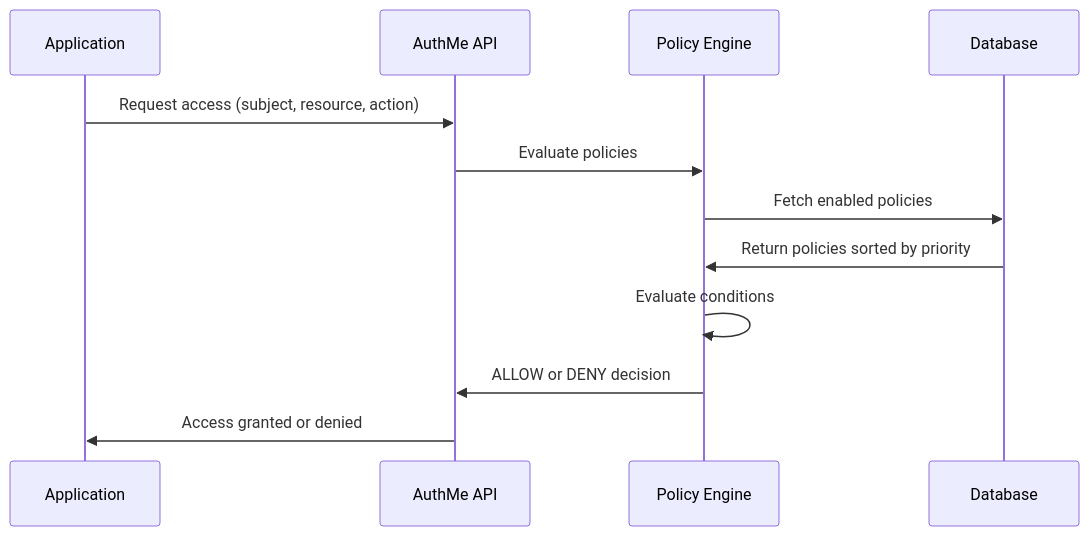
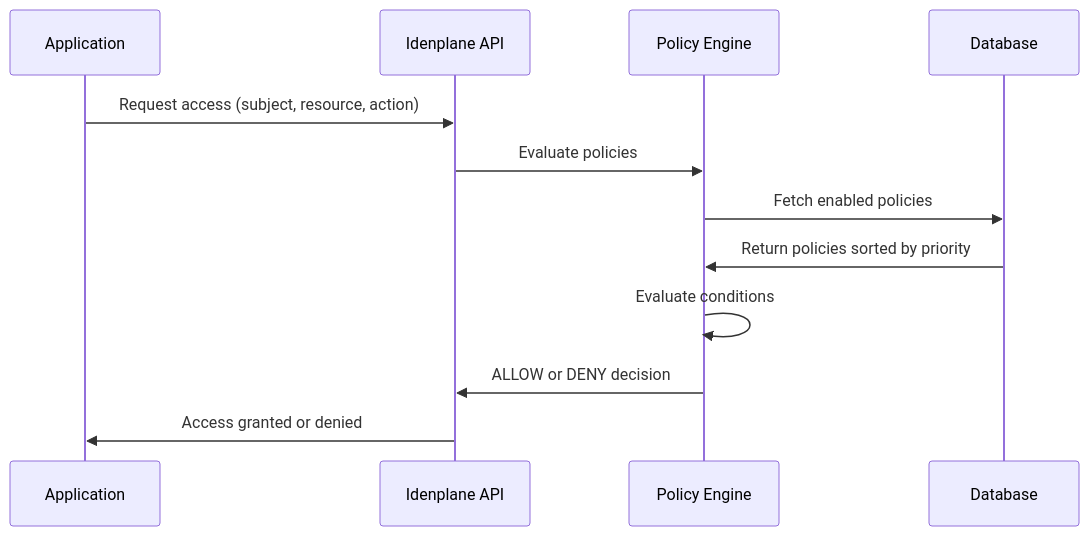
The first of 2 diagrams in docs/docs/guides/authorization.mdx (idenplane/idenplane), drawn with Mermaid before and after one commit. The commit also changed other lines of this file and 582 other files, not shown here.

First line of the commit message:
chore(rebrand): rename project from AuthMe to Idenplane (#889)

````diff
--- a/docs/docs/guides/authorization.mdx
+++ b/docs/docs/guides/authorization.mdx
@@ -22,15 +22,15 @@
 ```mermaid
 sequenceDiagram
     participant App as Application
-    participant API as AuthMe API
+    participant API as Idenplane API
     participant Policy as Policy Engine
     participant DB as Database
 
     App->>API: Request access (subject, resource, action)
     API->>Policy: Evaluate policies
     Policy->>DB: Fetch enabled policies
     DB->>Policy: Return policies sorted by priority
     Policy->>Policy: Evaluate conditions
     Policy->>API: ALLOW or DENY decision
     API->>App: Access granted or denied
 ```
````
